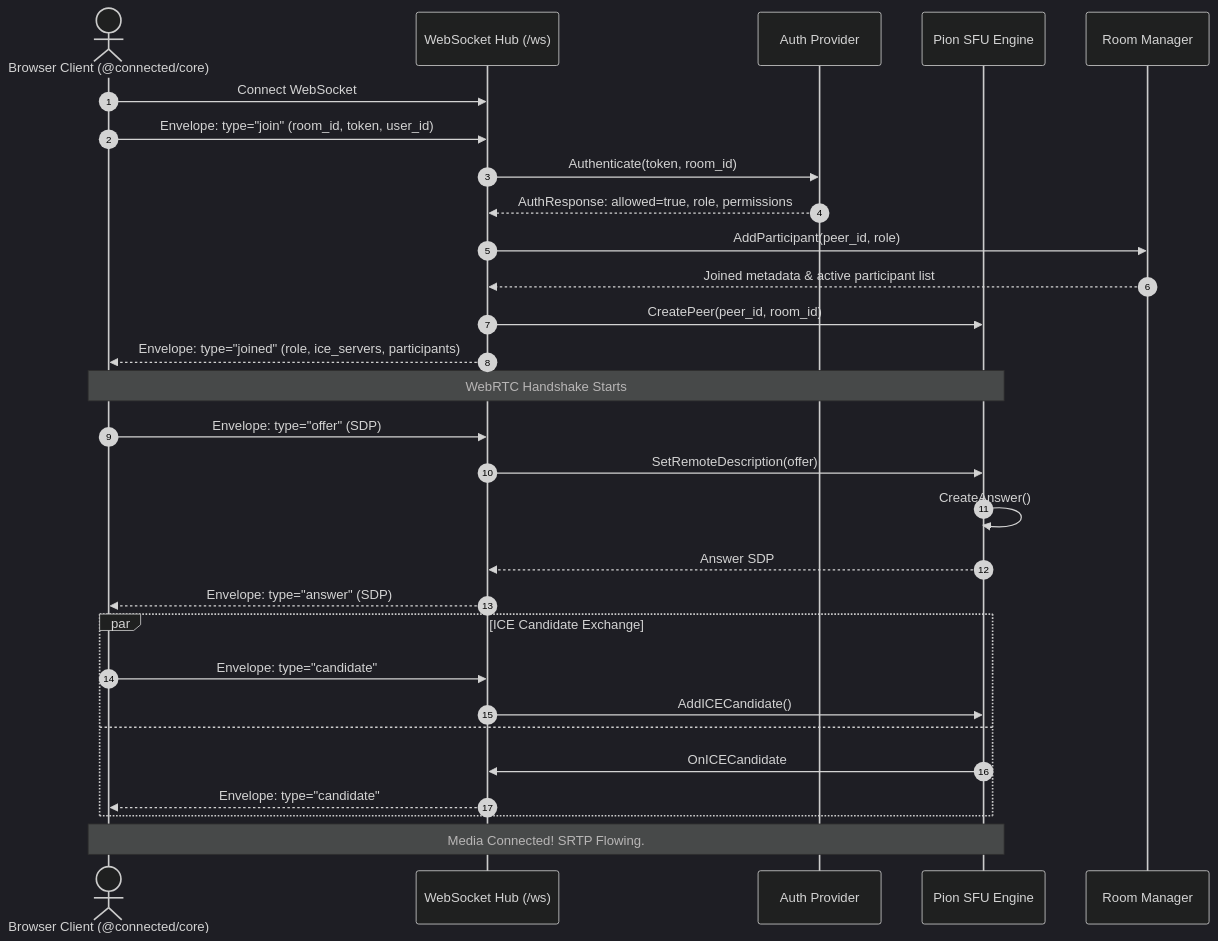
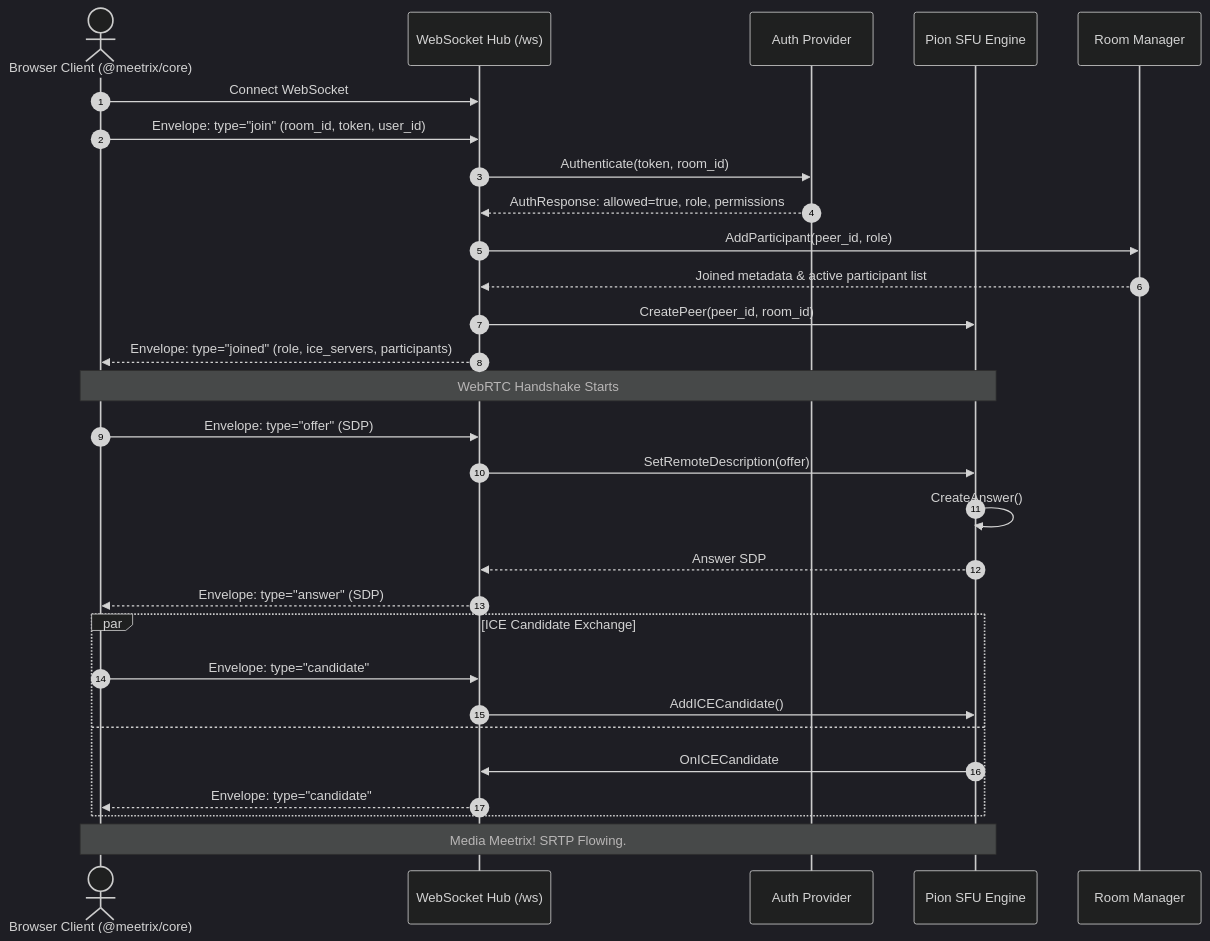
One commit to IsmaCortGtz/meetrix changed the fourth of 4 diagrams in docs/guide/architecture.md. Above: the diagram before and after it, drawn with Mermaid (dark theme). The commit also changed other lines of this file and 97 other files, not shown here.

````diff
--- a/docs/guide/architecture.md
+++ b/docs/guide/architecture.md
@@ -199,35 +199,35 @@
 ```mermaid
 sequenceDiagram
     autonumber
-    actor Client as Browser Client (@connected/core)
+    actor Client as Browser Client (@meetrix/core)
     participant WS as WebSocket Hub (/ws)
     participant Auth as Auth Provider
     participant SFU as Pion SFU Engine
     participant Room as Room Manager
 
     Client->>WS: Connect WebSocket
     Client->>WS: Envelope: type="join" (room_id, token, user_id)
     WS->>Auth: Authenticate(token, room_id)
     Auth-->>WS: AuthResponse: allowed=true, role, permissions
     WS->>Room: AddParticipant(peer_id, role)
     Room-->>WS: Joined metadata & active participant list
     WS->>SFU: CreatePeer(peer_id, room_id)
     WS-->>Client: Envelope: type="joined" (role, ice_servers, participants)
     
     Note over Client,SFU: WebRTC Handshake Starts
     Client->>WS: Envelope: type="offer" (SDP)
     WS->>SFU: SetRemoteDescription(offer)
     SFU->>SFU: CreateAnswer()
     SFU-->>WS: Answer SDP
     WS-->>Client: Envelope: type="answer" (SDP)
     
     par ICE Candidate Exchange
         Client->>WS: Envelope: type="candidate"
         WS->>SFU: AddICECandidate()
     and
         SFU->>WS: OnICECandidate
         WS-->>Client: Envelope: type="candidate"
     end
 
-    Note over Client,SFU: Media Connected! SRTP Flowing.
+    Note over Client,SFU: Media Meetrix! SRTP Flowing.
 ```
````
